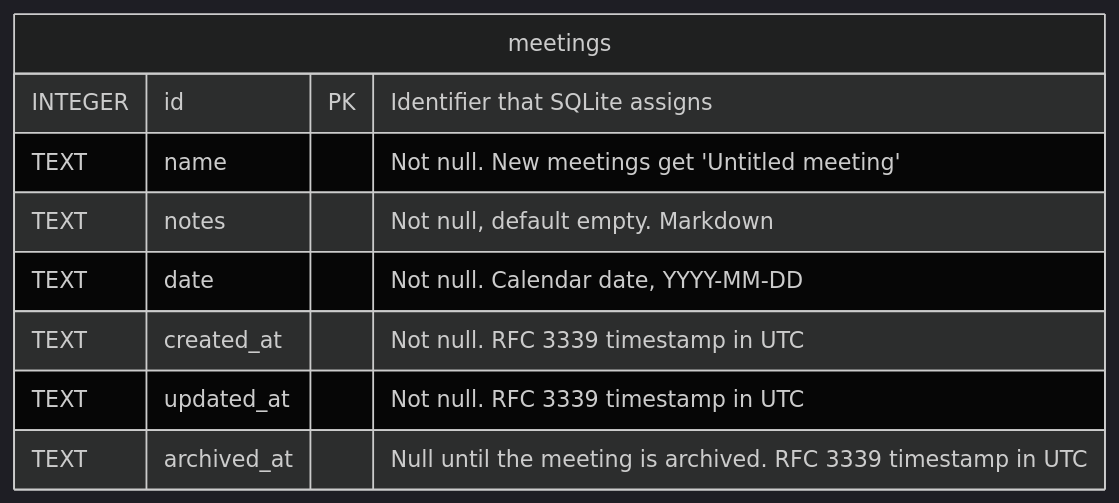
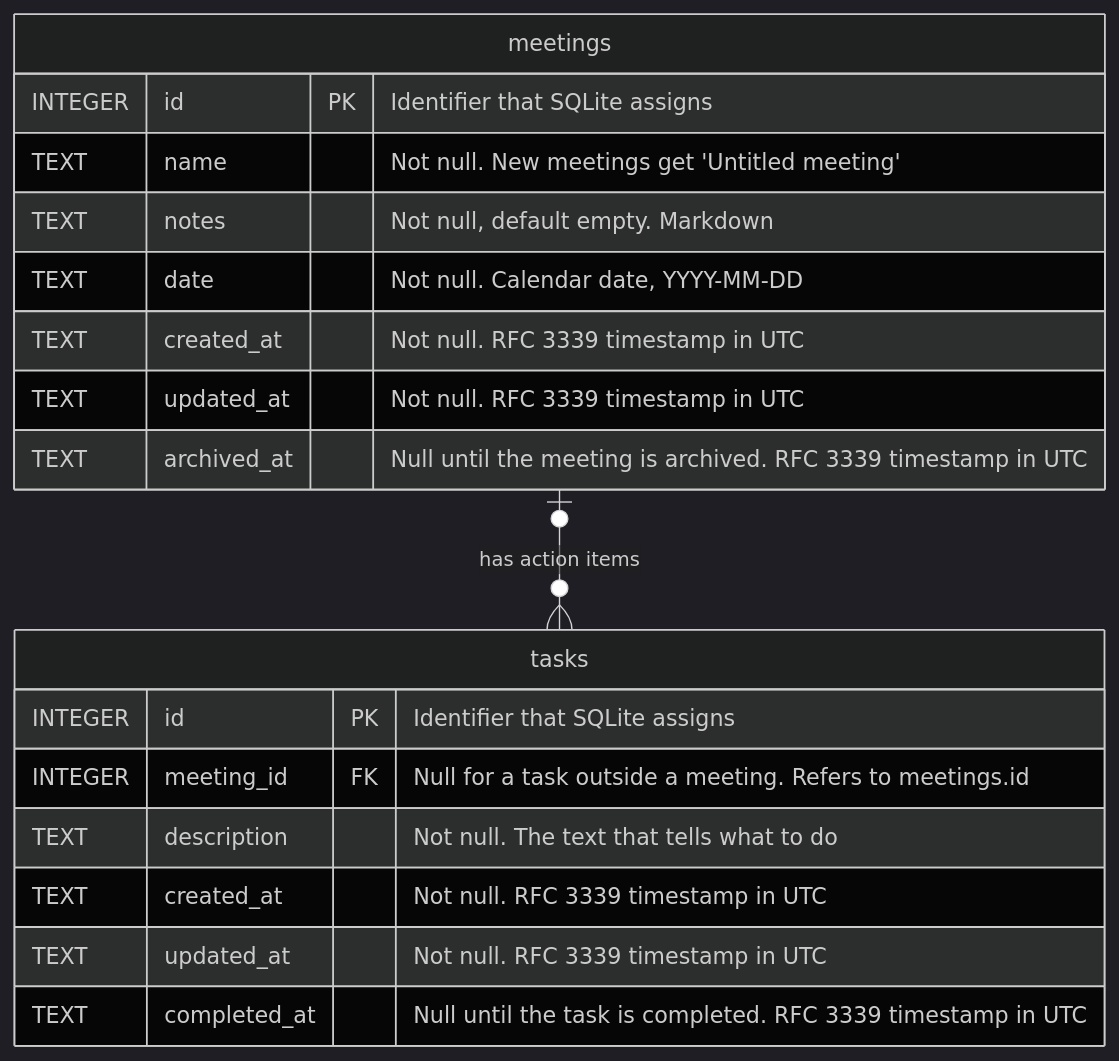
The diagram in docs/data-model.md (marclove/gps), drawn with Mermaid (dark theme) before and after one commit. The commit also changed other lines of this file and 4 other files, not shown here.

First line of the commit message:
Store tasks in the database and add the task commands

````diff
--- a/docs/data-model.md
+++ b/docs/data-model.md
@@ -5,12 +5,21 @@
 ```mermaid
 erDiagram
     meetings {
         INTEGER id PK "Identifier that SQLite assigns"
         TEXT name "Not null. New meetings get 'Untitled meeting'"
         TEXT notes "Not null, default empty. Markdown"
         TEXT date "Not null. Calendar date, YYYY-MM-DD"
         TEXT created_at "Not null. RFC 3339 timestamp in UTC"
         TEXT updated_at "Not null. RFC 3339 timestamp in UTC"
         TEXT archived_at "Null until the meeting is archived. RFC 3339 timestamp in UTC"
     }
+    tasks {
+        INTEGER id PK "Identifier that SQLite assigns"
+        INTEGER meeting_id FK "Null for a task outside a meeting. Refers to meetings.id"
+        TEXT description "Not null. The text that tells what to do"
+        TEXT created_at "Not null. RFC 3339 timestamp in UTC"
+        TEXT updated_at "Not null. RFC 3339 timestamp in UTC"
+        TEXT completed_at "Null until the task is completed. RFC 3339 timestamp in UTC"
+    }
+    meetings |o--o{ tasks : "has action items"
 ```
````
